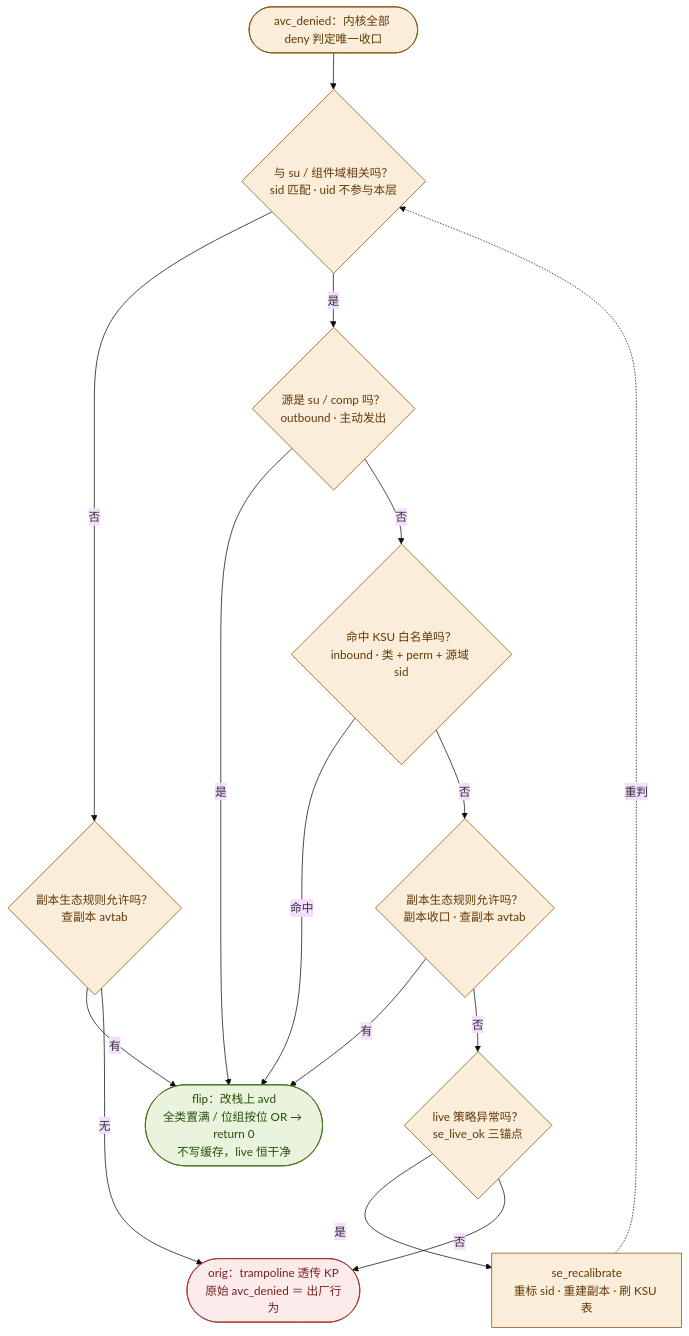
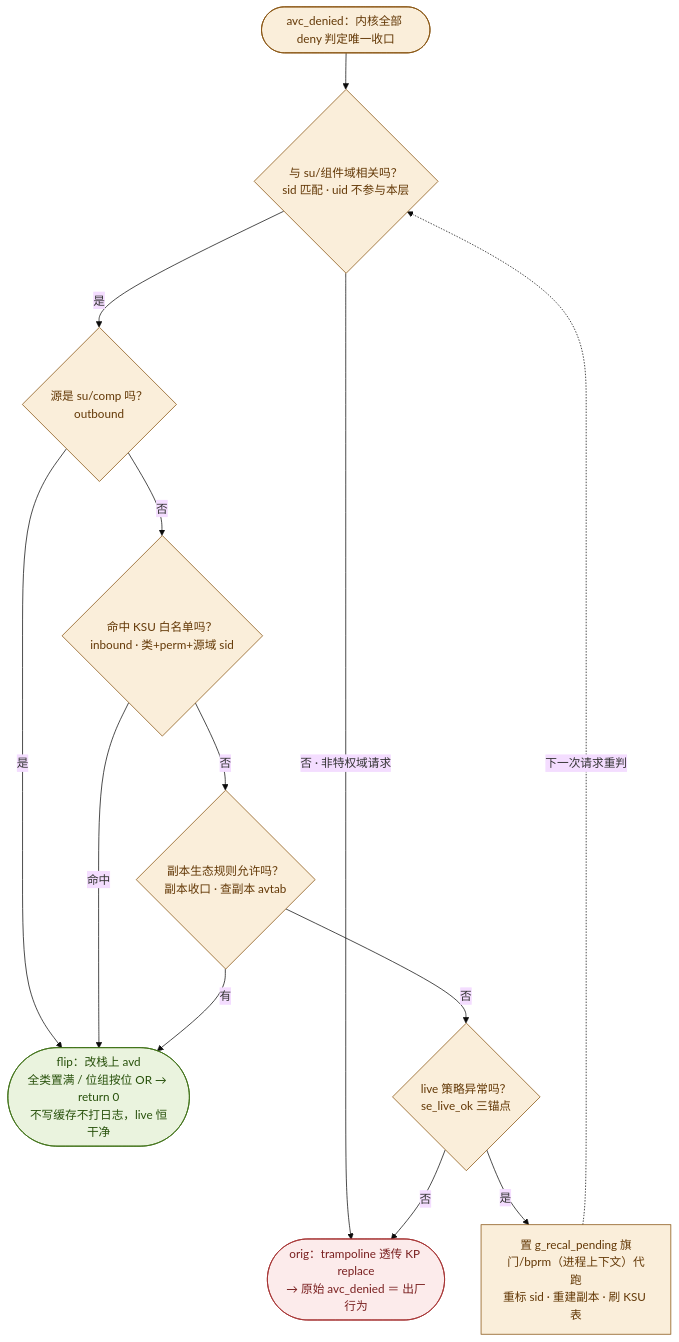
Before and after one commit to Lun-OS/SELinux_hide_Ind: the second of 2 diagrams in README.md, drawn with Mermaid (base theme). The commit also changed other lines of this file, not shown here.

````diff
--- a/README.md
+++ b/README.md
@@ -60,24 +91,22 @@
 ```mermaid
 flowchart TD
     classDef yellow fill:#FAEEDA,stroke:#854F0B,color:#633806
     classDef green fill:#EAF3DE,stroke:#3B6D11,color:#27500A
     classDef red fill:#FCEBEB,stroke:#A32D2D,color:#791F1F
 
-    A([avc_denied：内核全部 deny 判定唯一收口]):::yellow --> B{与 su / 组件域相关吗？<br/>sid 匹配 · uid 不参与本层}:::yellow
-    B -- 否 --> C{副本生态规则允许吗？<br/>查副本 avtab}:::yellow
-    C -- 有 --> FLIP
-    C -- 无 --> ORIG
-    B -- 是 --> D{源是 su / comp 吗？<br/>outbound · 主动发出}:::yellow
+    A([avc_denied：内核全部 deny 判定唯一收口]):::yellow --> B{与 su/组件域相关吗？<br/>sid 匹配 · uid 不参与本层}:::yellow
+    B -- 否 · 非特权域请求 --> ORIG
+    B -- 是 --> D{源是 su/comp 吗？<br/>outbound}:::yellow
     D -- 是 --> FLIP
-    D -- 否 --> E{命中 KSU 白名单吗？<br/>inbound · 类 + perm + 源域 sid}:::yellow
+    D -- 否 --> E{命中 KSU 白名单吗？<br/>inbound · 类+perm+源域 sid}:::yellow
     E -- 命中 --> FLIP
     E -- 否 --> F{副本生态规则允许吗？<br/>副本收口 · 查副本 avtab}:::yellow
     F -- 有 --> FLIP
     F -- 否 --> G{live 策略异常吗？<br/>se_live_ok 三锚点}:::yellow
-    G -- 是 --> H[se_recalibrate<br/>重标 sid · 重建副本 · 刷 KSU 表]:::yellow
-    H -. 重判 .-> B
+    G -- 是 --> H[置 g_recal_pending 旗<br/>门/bprm（进程上下文）代跑<br/>重标 sid · 重建副本 · 刷 KSU 表]:::yellow
+    H -. 下一次请求重判 .-> B
     G -- 否 --> ORIG
 
-    FLIP([flip：改栈上 avd<br/>全类置满 / 位组按位 OR → return 0<br/>不写缓存，live 恒干净]):::green
-    ORIG([orig：trampoline 透传 KP<br/>原始 avc_denied ＝ 出厂行为]):::red
+    FLIP([flip：改栈上 avd<br/>全类置满 / 位组按位 OR → return 0<br/>不写缓存不打日志，live 恒干净]):::green
+    ORIG([orig：trampoline 透传 KP replace<br/>→ 原始 avc_denied ＝ 出厂行为]):::red
 ```
````
